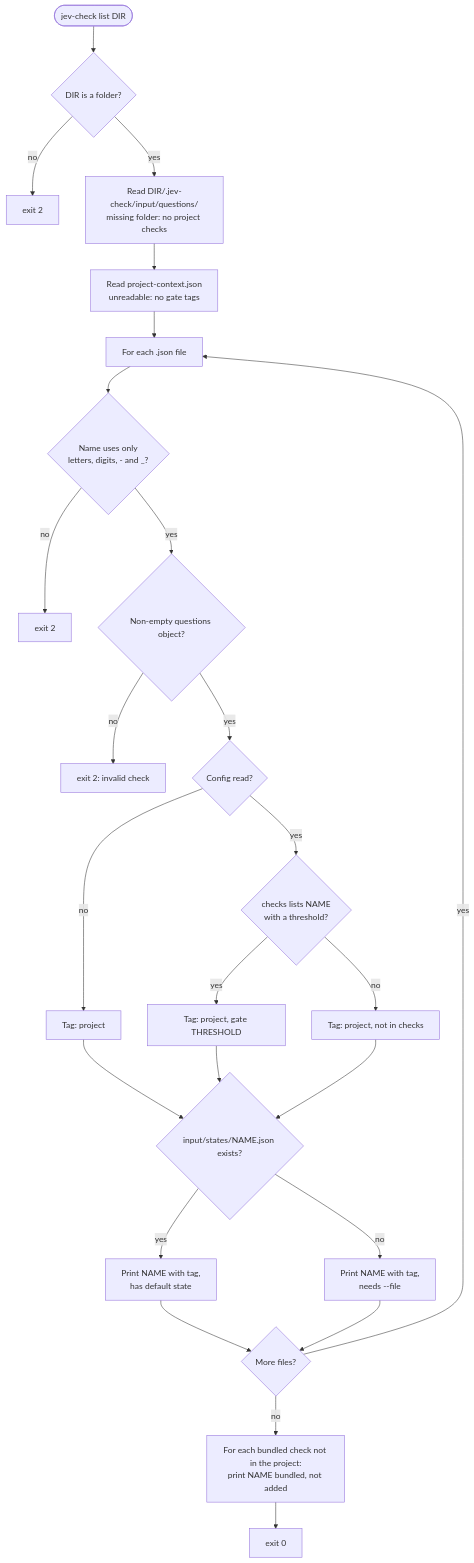
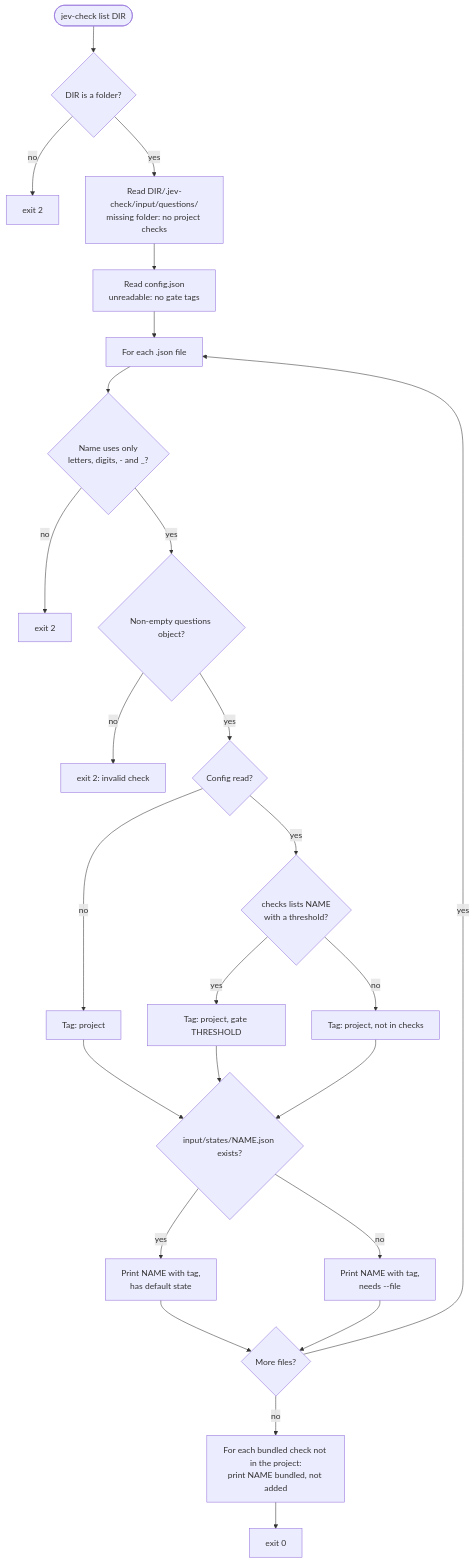
The fifth of 12 diagrams in README.md (luisferrassini/jev-check), drawn with Mermaid before and after one commit. The commit also changed other lines of this file and 14 other files, not shown here.

First line of the commit message:
Rename .jev-check/project-context.json to config.json, and add a CONTEXT.md glossary

````diff
--- a/README.md
+++ b/README.md
@@ -721,27 +727,27 @@
 ```mermaid
 flowchart TD
     s(["jev-check list DIR"]) --> isdir{"DIR is a folder?"}
     isdir -- "no" --> e1["exit 2"]
     isdir -- "yes" --> read["Read DIR/.jev-check/input/questions/<br/>missing folder: no project checks"]
-    read --> cfg["Read project-context.json<br/>unreadable: no gate tags"]
+    read --> cfg["Read config.json<br/>unreadable: no gate tags"]
     cfg --> loop["For each .json file"]
     loop --> name{"Name uses only<br/>letters, digits, - and _?"}
     name -- "no" --> e2["exit 2"]
     name -- "yes" --> parse{"Non-empty questions object?"}
     parse -- "no" --> e3["exit 2: invalid check"]
     parse -- "yes" --> gate{"Config read?"}
     gate -- "no" --> tag0["Tag: project"]
     gate -- "yes" --> listed{"checks lists NAME<br/>with a threshold?"}
     listed -- "yes" --> tag1["Tag: project, gate THRESHOLD"]
     listed -- "no" --> tag2["Tag: project, not in checks"]
     tag0 --> state
     tag1 --> state
     tag2 --> state{"input/states/NAME.json exists?"}
     state -- "yes" --> p1["Print NAME with tag,<br/>has default state"]
     state -- "no" --> p2["Print NAME with tag,<br/>needs --file"]
     p1 --> more{"More files?"}
     p2 --> more
     more -- "yes" --> loop
     more -- "no" --> bundled["For each bundled check not in the project:<br/>print NAME bundled, not added"]
     bundled --> ok["exit 0"]
 ```
````
